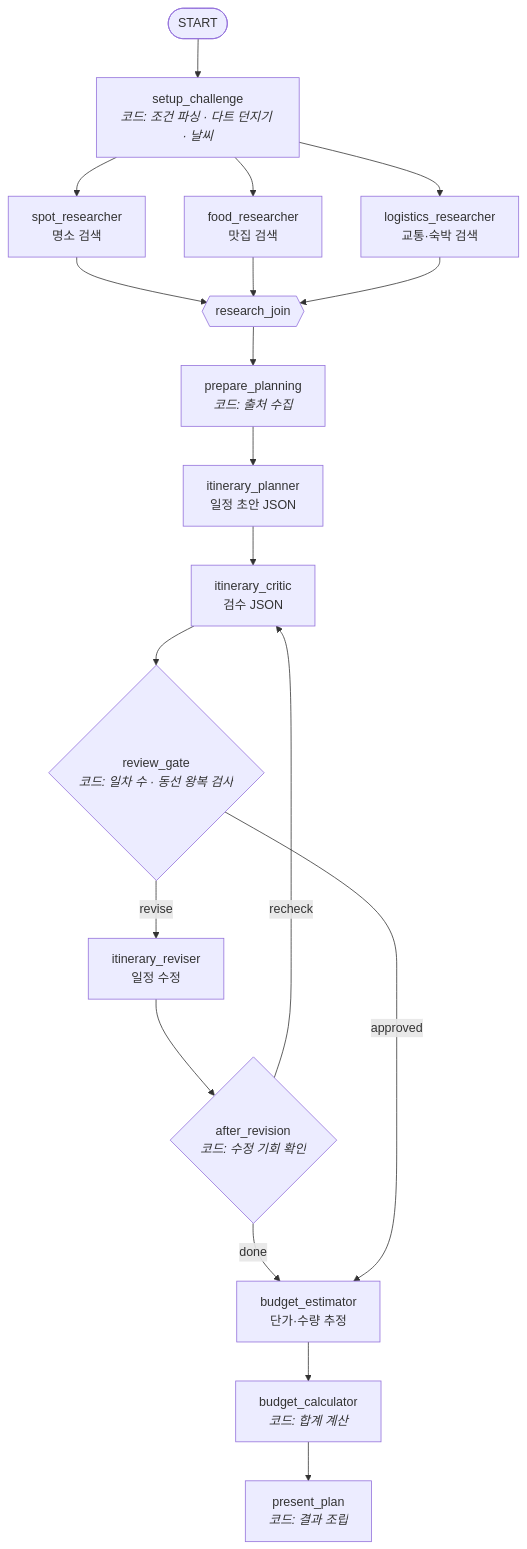
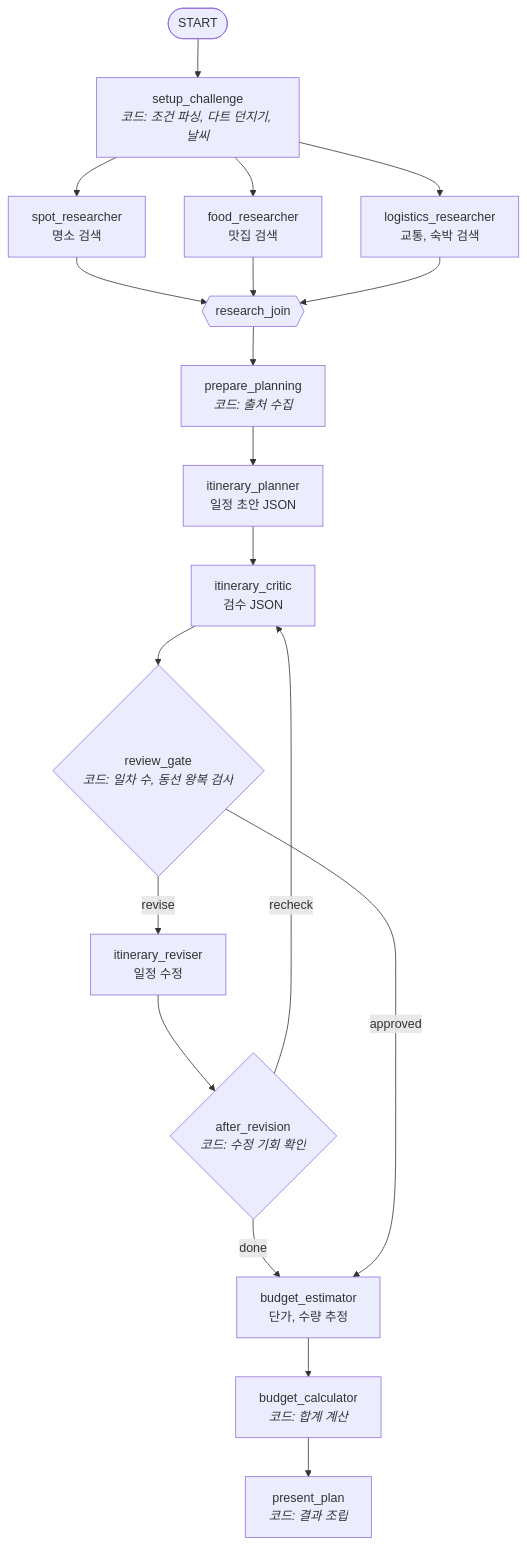
One commit to baebokchii/kaggle_ai_agent_project changed the diagram in README.md. Above: the diagram before and after it, drawn with Mermaid. The commit also changed other lines of this file, not shown here.

````diff
--- a/README.md
+++ b/README.md
@@ -49,19 +49,19 @@
 ```mermaid
 flowchart TD
-    S([START]) --> A[setup_challenge<br/><i>코드: 조건 파싱 · 다트 던지기 · 날씨</i>]
+    S([START]) --> A[setup_challenge<br/><i>코드: 조건 파싱, 다트 던지기, 날씨</i>]
     A --> R1[spot_researcher<br/>명소 검색]
     A --> R2[food_researcher<br/>맛집 검색]
-    A --> R3[logistics_researcher<br/>교통·숙박 검색]
+    A --> R3[logistics_researcher<br/>교통, 숙박 검색]
     R1 & R2 & R3 --> J{{research_join}}
     J --> P0[prepare_planning<br/><i>코드: 출처 수집</i>]
     P0 --> P[itinerary_planner<br/>일정 초안 JSON]
     P --> C[itinerary_critic<br/>검수 JSON]
-    C --> G{review_gate<br/><i>코드: 일차 수 · 동선 왕복 검사</i>}
+    C --> G{review_gate<br/><i>코드: 일차 수, 동선 왕복 검사</i>}
     G -- revise --> V[itinerary_reviser<br/>일정 수정]
     V --> AR{after_revision<br/><i>코드: 수정 기회 확인</i>}
     AR -- recheck --> C
     AR -- done --> B
-    G -- approved --> B[budget_estimator<br/>단가·수량 추정]
+    G -- approved --> B[budget_estimator<br/>단가, 수량 추정]
     B --> BC[budget_calculator<br/><i>코드: 합계 계산</i>]
     BC --> O[present_plan<br/><i>코드: 결과 조립</i>]
 ```
````
